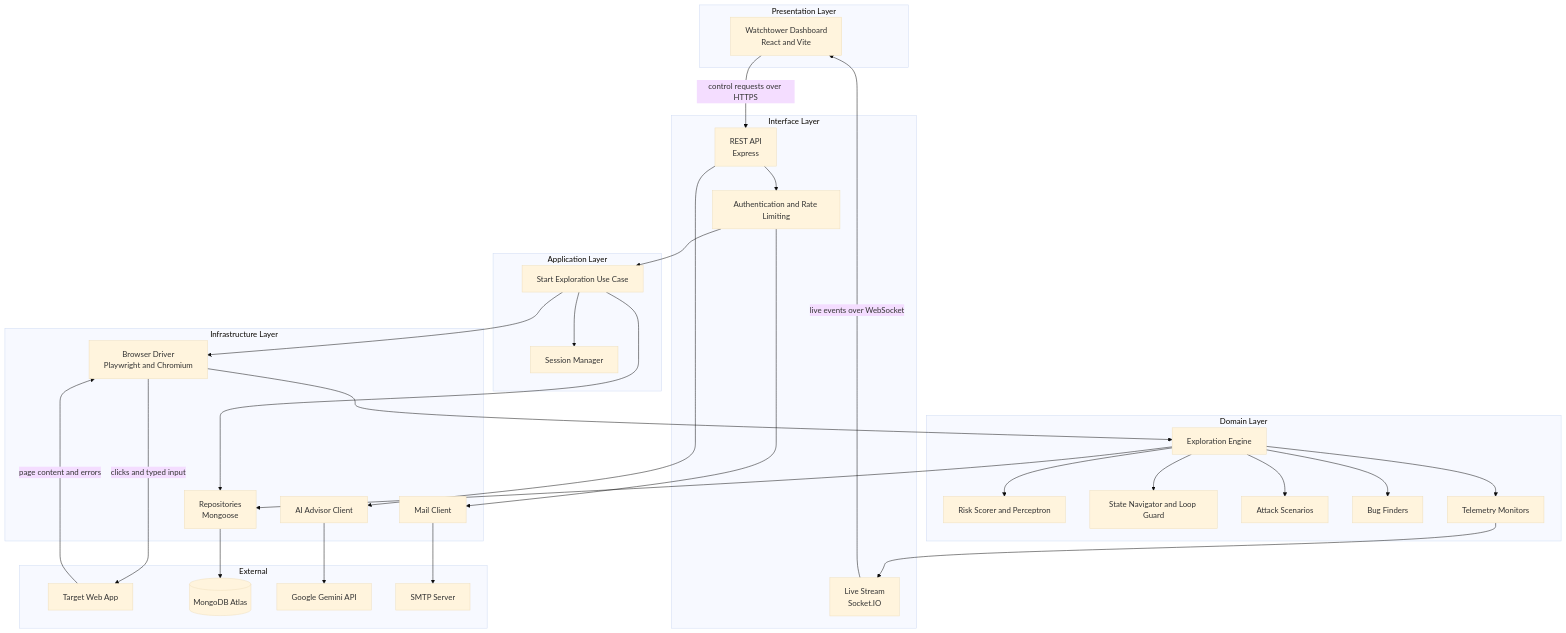
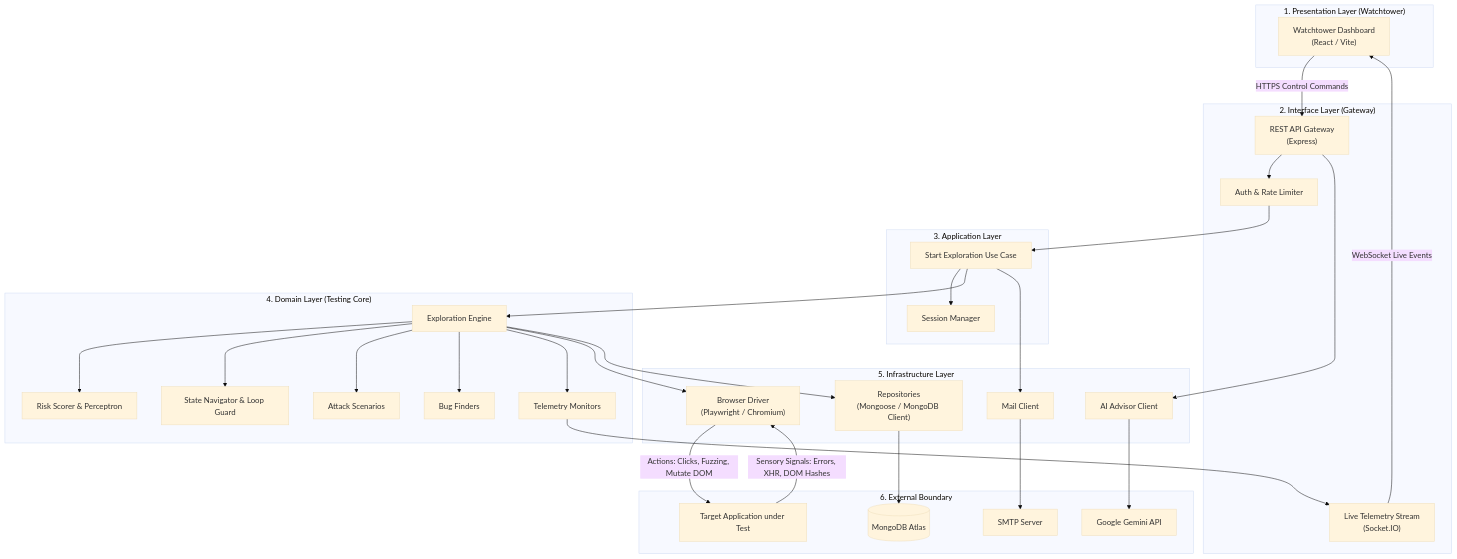
One commit to acocciayan18/bugsafari changed the diagram in PAPER_System_Architecture.md. Above: the diagram before and after it, drawn with Mermaid (base theme). The commit also changed 23 other files, not shown here.

````diff
--- a/PAPER_System_Architecture.md
+++ b/PAPER_System_Architecture.md
@@ -16,63 +16,69 @@
 ```mermaid
-flowchart TB
-    subgraph PRES["Presentation Layer"]
-        DASH["Watchtower Dashboard<br/>React and Vite"]
+graph TB
+    subgraph PRES["1. Presentation Layer (Watchtower)"]
+        DASH["Watchtower Dashboard<br/>(React / Vite)"]
     end
 
-    subgraph API["Interface Layer"]
-        REST["REST API<br/>Express"]
-        SOCK["Live Stream<br/>Socket.IO"]
-        AUTHM["Authentication and Rate Limiting"]
+    subgraph API["2. Interface Layer (Gateway)"]
+        REST["REST API Gateway<br/>(Express)"]
+        SOCK["Live Telemetry Stream<br/>(Socket.IO)"]
+        AUTHM["Auth & Rate Limiter"]
     end
 
-    subgraph APPL["Application Layer"]
+    subgraph APPL["3. Application Layer"]
         UC["Start Exploration Use Case"]
         SM["Session Manager"]
     end
 
-    subgraph DOM["Domain Layer"]
+    subgraph DOM["4. Domain Layer (Testing Core)"]
         ENGINE["Exploration Engine"]
-        SCORER["Risk Scorer and Perceptron"]
-        NAV["State Navigator and Loop Guard"]
+        SCORER["Risk Scorer & Perceptron"]
+        NAV["State Navigator & Loop Guard"]
         SCEN["Attack Scenarios"]
         FIND["Bug Finders"]
         TELE["Telemetry Monitors"]
     end
 
-    subgraph INFRA["Infrastructure Layer"]
-        BROWSER["Browser Driver<br/>Playwright and Chromium"]
-        REPO["Repositories<br/>Mongoose"]
+    subgraph INFRA["5. Infrastructure Layer"]
+        BROWSER["Browser Driver<br/>(Playwright / Chromium)"]
+        REPO["Repositories<br/>(Mongoose / MongoDB Client)"]
         GEM["AI Advisor Client"]
         SMTP["Mail Client"]
     end
 
-    subgraph EXT["External"]
-        TARGET["Target Web App"]
+    subgraph EXT["6. External Boundary"]
+        TARGET["Target Application under Test"]
         DB[("MongoDB Atlas")]
         GEMAPI["Google Gemini API"]
         MAILSRV["SMTP Server"]
     end
 
-    DASH -->|"control requests over HTTPS"| REST
-    SOCK -->|"live events over WebSocket"| DASH
+    %% Flow Connections
+    DASH -->|"HTTPS Control Commands"| REST
+    SOCK -->|"WebSocket Live Events"| DASH
     REST --> AUTHM
     AUTHM --> UC
     UC --> SM
-    UC --> BROWSER
-    BROWSER --> ENGINE
+    UC --> ENGINE
+    
+    %% Domain Internal Orchestration
     ENGINE --> SCORER
     ENGINE --> NAV
     ENGINE --> SCEN
     ENGINE --> FIND
     ENGINE --> TELE
+    
+    %% Infrastructure Invocations
+    ENGINE --> BROWSER
+    ENGINE --> REPO
     TELE --> SOCK
-    ENGINE --> REPO
-    UC --> REPO
     REST --> GEM
-    AUTHM --> SMTP
-    BROWSER -->|"clicks and typed input"| TARGET
-    TARGET -->|"page content and errors"| BROWSER
+    UC --> SMTP
+    
+    %% External System Interactions
+    BROWSER -->|"Actions: Clicks, Fuzzing, Mutate DOM"| TARGET
+    TARGET -->|"Sensory Signals: Errors, XHR, DOM Hashes"| BROWSER
     REPO --> DB
     GEM --> GEMAPI
     SMTP --> MAILSRV
 ```
````
